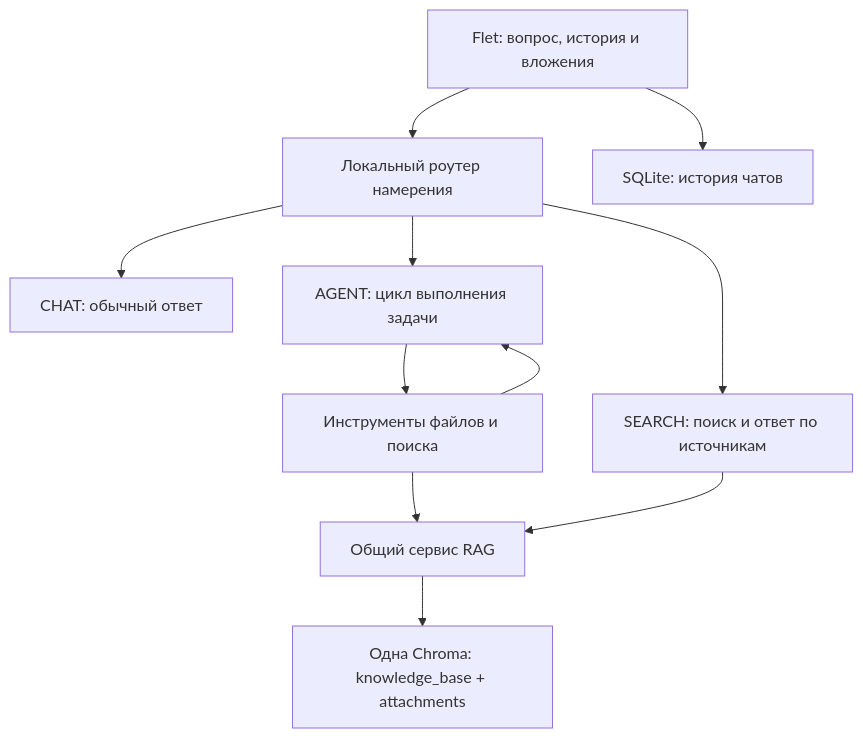
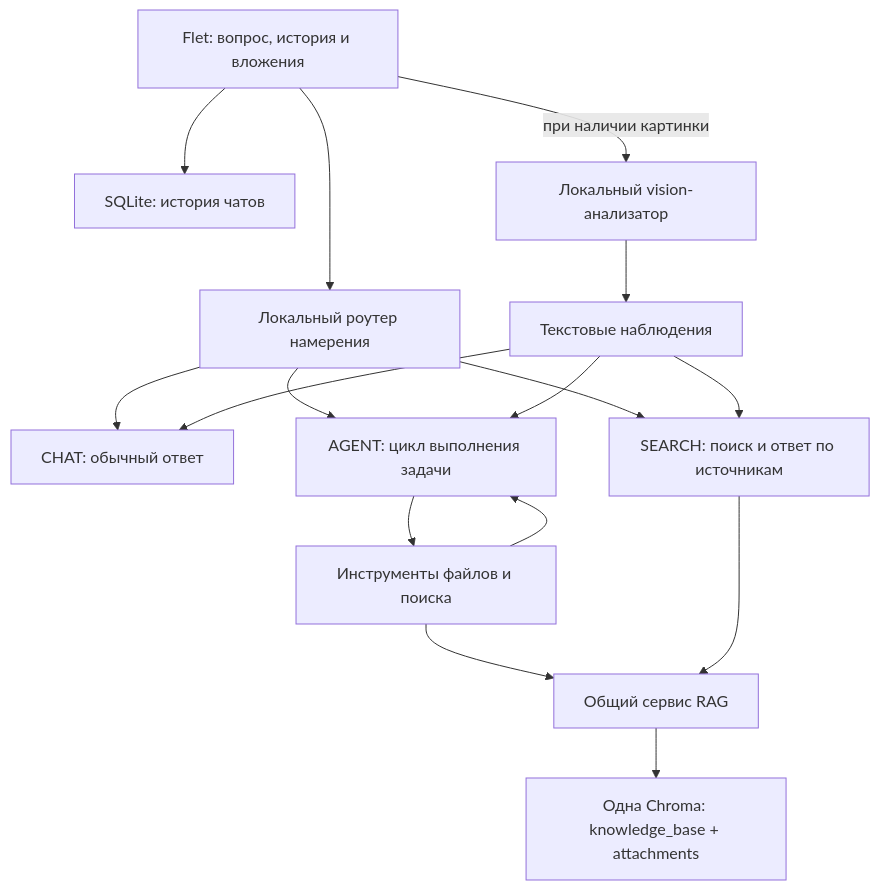
The diagram in README.md (devfounder1/prod-aviation-rag-system), drawn with Mermaid before and after one commit. The commit also changed other lines of this file and 10 other files, not shown here.

Commit message:
Analyze images with a local vision worker without switching chat models

````diff
--- a/README.md
+++ b/README.md
@@ -171,13 +174,18 @@
 ```mermaid
 flowchart TD
     UI["Flet: вопрос, история и вложения"] --> Router["Локальный роутер намерения"]
     Router --> Chat["CHAT: обычный ответ"]
     Router --> Search["SEARCH: поиск и ответ по источникам"]
     Router --> Agent["AGENT: цикл выполнения задачи"]
     Agent --> Tools["Инструменты файлов и поиска"]
     Tools --> Agent
     Tools --> RAG["Общий сервис RAG"]
     Search --> RAG
     RAG --> DB["Одна Chroma: knowledge_base + attachments"]
     UI --> History["SQLite: история чатов"]
+    UI -->|"при наличии картинки"| Vision["Локальный vision-анализатор"]
+    Vision --> Observations["Текстовые наблюдения"]
+    Observations --> Chat
+    Observations --> Search
+    Observations --> Agent
 ```
````
